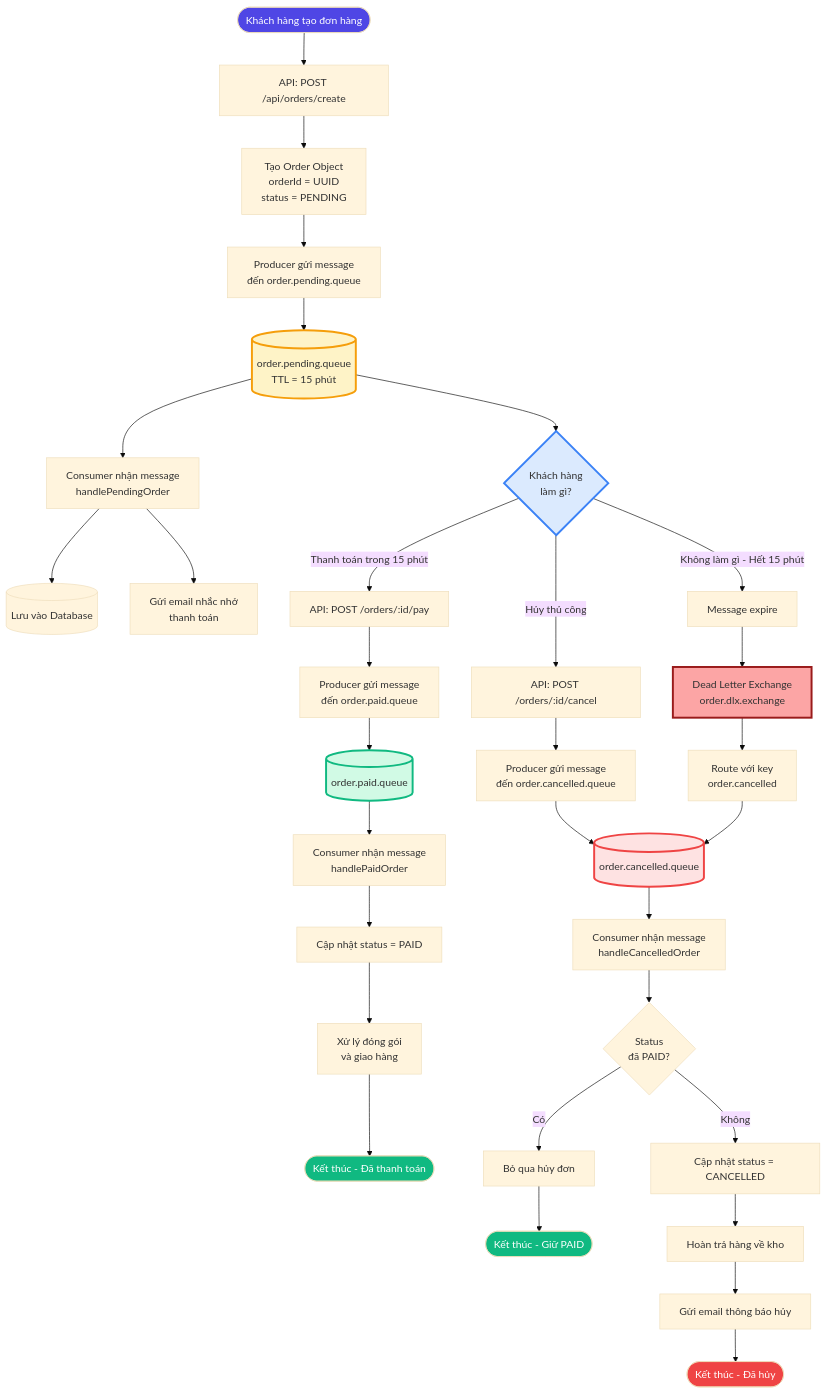
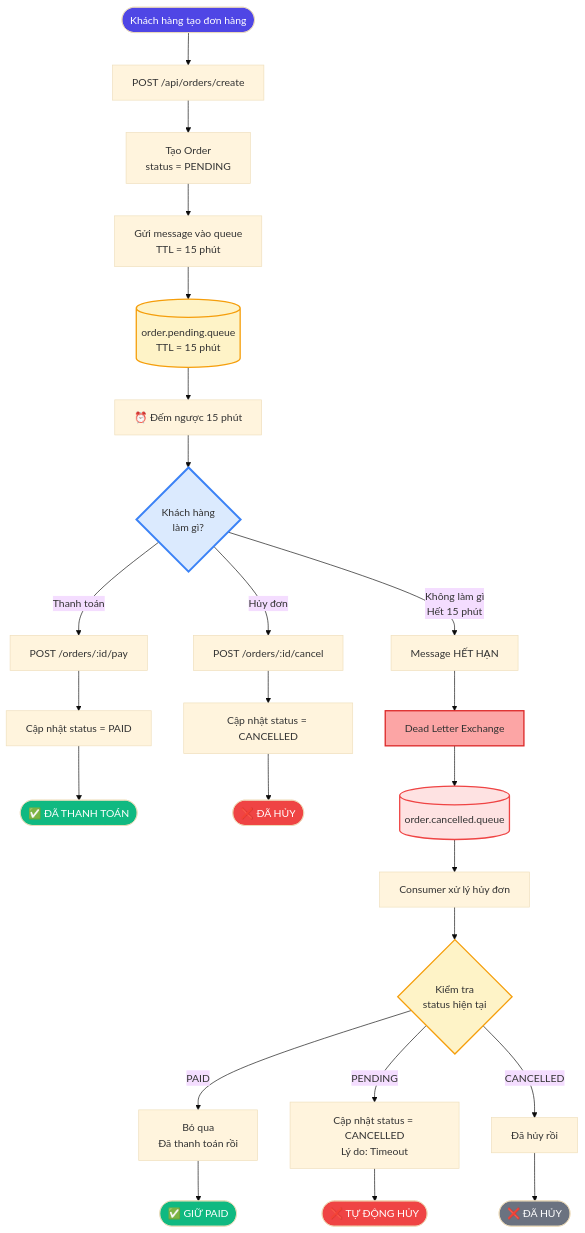
The diagram in diagrams/order-flow.mmd (tranchiencongtd/rabbitmq-spring-boot), drawn with Mermaid (base theme) before and after one commit. The commit also changed 17 other files, not shown here.

````diff
--- a/diagrams/order-flow.mmd
+++ b/diagrams/order-flow.mmd
@@ -1,49 +1,51 @@
-```mermaid
 flowchart TD
-    Start([Khách hàng tạo đơn hàng]) --> CreateOrder[API: POST /api/orders/create]
-    CreateOrder --> GenerateOrder[Tạo Order Object<br/>orderId = UUID<br/>status = PENDING]
-    GenerateOrder --> SendPending[Producer gửi message<br/>đến order.pending.queue]
+    Start([Khách hàng tạo đơn hàng]) --> CreateOrder[POST /api/orders/create]
+    CreateOrder --> GenerateOrder[Tạo Order<br/>status = PENDING]
+    GenerateOrder --> SendPending[Gửi message vào queue<br/>TTL = 15 phút]
     SendPending --> QueuePending[(order.pending.queue<br/>TTL = 15 phút)]
     
-    QueuePending --> ConsumerPending[Consumer nhận message<br/>handlePendingOrder]
-    ConsumerPending --> SaveDB[(Lưu vào Database)]
-    ConsumerPending --> SendEmail[Gửi email nhắc nhở<br/>thanh toán]
+    QueuePending --> Timer[⏰ Đếm ngược 15 phút]
     
-    QueuePending --> Decision{Khách hàng<br/>làm gì?}
+    Timer --> RaceCondition{Khách hàng<br/>làm gì?}
     
-    Decision -->|Thanh toán trong 15 phút| PayAPI[API: POST /orders/:id/pay]
-    PayAPI --> SendPaid[Producer gửi message<br/>đến order.paid.queue]
-    SendPaid --> QueuePaid[(order.paid.queue)]
-    QueuePaid --> ConsumerPaid[Consumer nhận message<br/>handlePaidOrder]
-    ConsumerPaid --> UpdatePaid[Cập nhật status = PAID]
-    UpdatePaid --> ProcessShipping[Xử lý đóng gói<br/>và giao hàng]
-    ProcessShipping --> EndPaid([Kết thúc - Đã thanh toán])
+    %% Case 1: Thanh toán
+    RaceCondition -->|Thanh toán| PayAPI[POST /orders/:id/pay]
+    PayAPI --> UpdatePaid[Cập nhật status = PAID]
+    UpdatePaid --> EndPaid([✅ ĐÃ THANH TOÁN])
     
-    Decision -->|Hủy thủ công| CancelAPI[API: POST /orders/:id/cancel]
-    CancelAPI --> SendCancelled[Producer gửi message<br/>đến order.cancelled.queue]
-    SendCancelled --> QueueCancelled[(order.cancelled.queue)]
+    %% Case 2: Hủy thủ công
+    RaceCondition -->|Hủy đơn| CancelAPI[POST /orders/:id/cancel]
+    CancelAPI --> UpdateManualCancel[Cập nhật status = CANCELLED]
+    UpdateManualCancel --> EndManualCancel([❌ ĐÃ HỦY])
     
-    Decision -->|Không làm gì - Hết 15 phút| ExpireMessage[Message expire]
-    ExpireMessage --> DLX[Dead Letter Exchange<br/>order.dlx.exchange]
-    DLX --> RouteToCancelled[Route với key<br/>order.cancelled]
-    RouteToCancelled --> QueueCancelled
+    %% Case 3: Hết hạn - Tự động hủy
+    RaceCondition -->|Không làm gì<br/>Hết 15 phút| Expire[Message HẾT HẠN]
+    Expire --> DLX[Dead Letter Exchange]
+    DLX --> QueueCancelled[(order.cancelled.queue)]
+    QueueCancelled --> ConsumerCancel[Consumer xử lý hủy đơn]
     
-    QueueCancelled --> ConsumerCancelled[Consumer nhận message<br/>handleCancelledOrder]
-    ConsumerCancelled --> CheckStatus{Status<br/>đã PAID?}
-    CheckStatus -->|Có| IgnoreCancel[Bỏ qua hủy đơn]
-    IgnoreCancel --> EndIgnore([Kết thúc - Giữ PAID])
-    CheckStatus -->|Không| UpdateCancelled[Cập nhật status = CANCELLED]
-    UpdateCancelled --> RestoreStock[Hoàn trả hàng về kho]
-    RestoreStock --> NotifyCustomer[Gửi email thông báo hủy]
-    NotifyCustomer --> EndCancelled([Kết thúc - Đã hủy])
+    ConsumerCancel --> CheckStatus{Kiểm tra<br/>status hiện tại}
     
+    CheckStatus -->|PAID| Ignore[Bỏ qua<br/>Đã thanh toán rồi]
+    Ignore --> EndIgnore([✅ GIỮ PAID])
+    
+    CheckStatus -->|PENDING| AutoCancel[Cập nhật status = CANCELLED<br/>Lý do: Timeout]
+    AutoCancel --> EndAutoCancel([❌ TỰ ĐỘNG HỦY])
+    
+    CheckStatus -->|CANCELLED| AlreadyCancelled[Đã hủy rồi]
+    AlreadyCancelled --> EndAlready([❌ ĐÃ HỦY])
+    
+    %% Styling
     style Start fill:#4f46e5,color:#fff
     style EndPaid fill:#10b981,color:#fff
-    style EndCancelled fill:#ef4444,color:#fff
     style EndIgnore fill:#10b981,color:#fff
-    style QueuePending fill:#fef3c7,stroke:#f59e0b,stroke-width:3px
-    style QueuePaid fill:#d1fae5,stroke:#10b981,stroke-width:3px
-    style QueueCancelled fill:#fee2e2,stroke:#ef4444,stroke-width:3px
-    style DLX fill:#fca5a5,stroke:#991b1b,stroke-width:3px
-    style Decision fill:#dbeafe,stroke:#3b82f6,stroke-width:3px
-```
+    style EndManualCancel fill:#ef4444,color:#fff
+    style EndAutoCancel fill:#ef4444,color:#fff
+    style EndAlready fill:#6b7280,color:#fff
+    
+    style QueuePending fill:#fef3c7,stroke:#f59e0b,stroke-width:2px
+    style QueueCancelled fill:#fee2e2,stroke:#ef4444,stroke-width:2px
+    style DLX fill:#fca5a5,stroke:#dc2626,stroke-width:2px
+    
+    style RaceCondition fill:#dbeafe,stroke:#3b82f6,stroke-width:3px
+    style CheckStatus fill:#fef3c7,stroke:#f59e0b,stroke-width:2px
````
